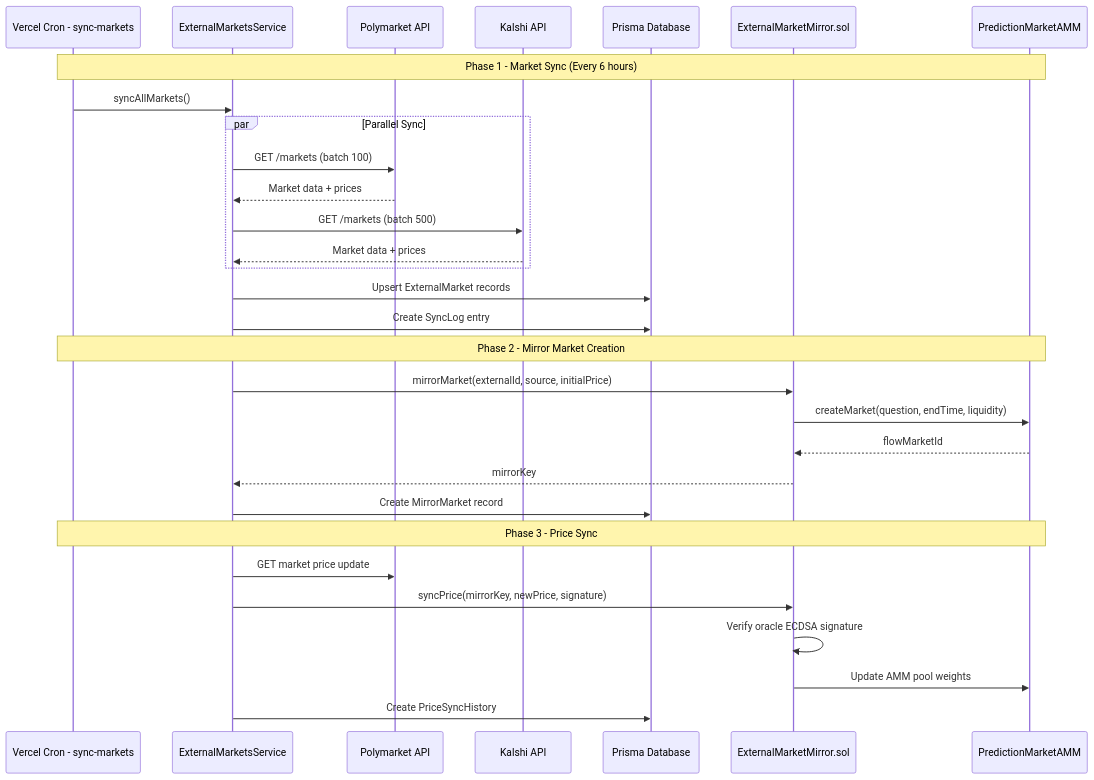
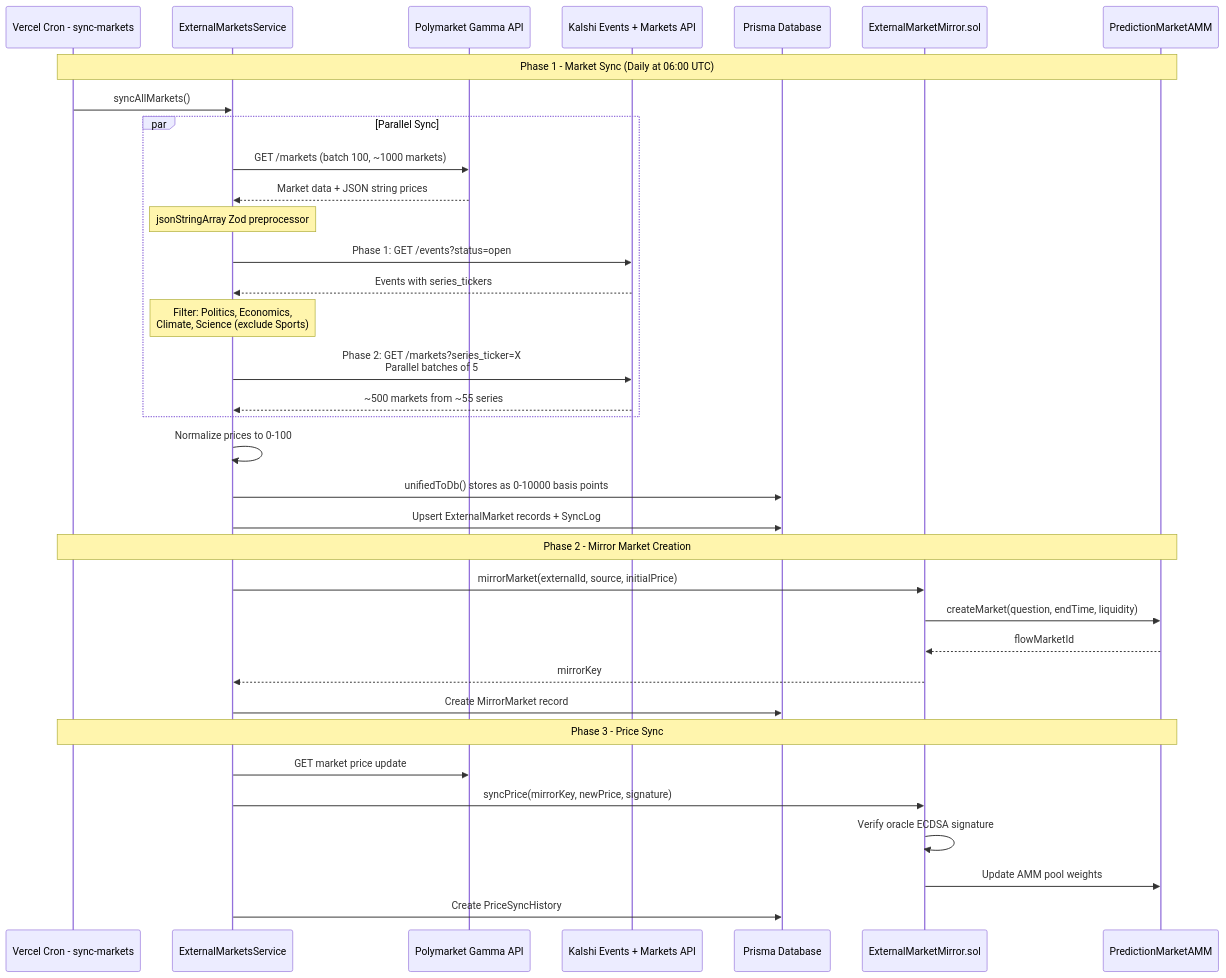
The eighth of 17 diagrams in README.md (kaustubh76/WarriorsAI-rena), drawn with Mermaid before and after one commit. The commit also changed other lines of this file and 10 other files, not shown here.

````diff
--- a/README.md
+++ b/README.md
@@ -239,35 +397,40 @@
 ```mermaid
 sequenceDiagram
     participant CRON as Vercel Cron - sync-markets
     participant EMS as ExternalMarketsService
-    participant POLY as Polymarket API
-    participant KALSHI as Kalshi API
+    participant POLY as Polymarket Gamma API
+    participant KALSHI as Kalshi Events + Markets API
     participant DB as Prisma Database
     participant EMM as ExternalMarketMirror.sol
     participant AMM as PredictionMarketAMM
 
-    Note over CRON,AMM: Phase 1 - Market Sync (Every 6 hours)
+    Note over CRON,AMM: Phase 1 - Market Sync (Daily at 06:00 UTC)
     CRON->>EMS: syncAllMarkets()
     par Parallel Sync
-        EMS->>POLY: GET /markets (batch 100)
-        POLY-->>EMS: Market data + prices
-        EMS->>KALSHI: GET /markets (batch 500)
-        KALSHI-->>EMS: Market data + prices
+        EMS->>POLY: GET /markets (batch 100, ~1000 markets)
+        POLY-->>EMS: Market data + JSON string prices
+        Note over EMS: jsonStringArray Zod preprocessor
+        EMS->>KALSHI: Phase 1: GET /events?status=open
+        KALSHI-->>EMS: Events with series_tickers
+        Note over EMS: Filter: Politics, Economics,<br/>Climate, Science (exclude Sports)
+        EMS->>KALSHI: Phase 2: GET /markets?series_ticker=X<br/>Parallel batches of 5
+        KALSHI-->>EMS: ~500 markets from ~55 series
     end
-    EMS->>DB: Upsert ExternalMarket records
-    EMS->>DB: Create SyncLog entry
+    EMS->>EMS: Normalize prices to 0-100
+    EMS->>DB: unifiedToDb() stores as 0-10000 basis points
+    EMS->>DB: Upsert ExternalMarket records + SyncLog
 
     Note over CRON,AMM: Phase 2 - Mirror Market Creation
     EMS->>EMM: mirrorMarket(externalId, source, initialPrice)
     EMM->>AMM: createMarket(question, endTime, liquidity)
     AMM-->>EMM: flowMarketId
     EMM-->>EMS: mirrorKey
     EMS->>DB: Create MirrorMarket record
 
     Note over CRON,AMM: Phase 3 - Price Sync
     EMS->>POLY: GET market price update
     EMS->>EMM: syncPrice(mirrorKey, newPrice, signature)
     EMM->>EMM: Verify oracle ECDSA signature
     EMM->>AMM: Update AMM pool weights
     EMS->>DB: Create PriceSyncHistory
 ```
````
